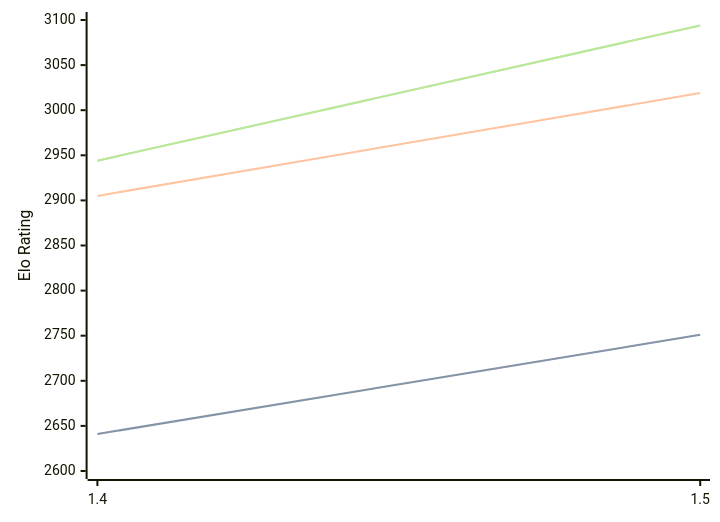
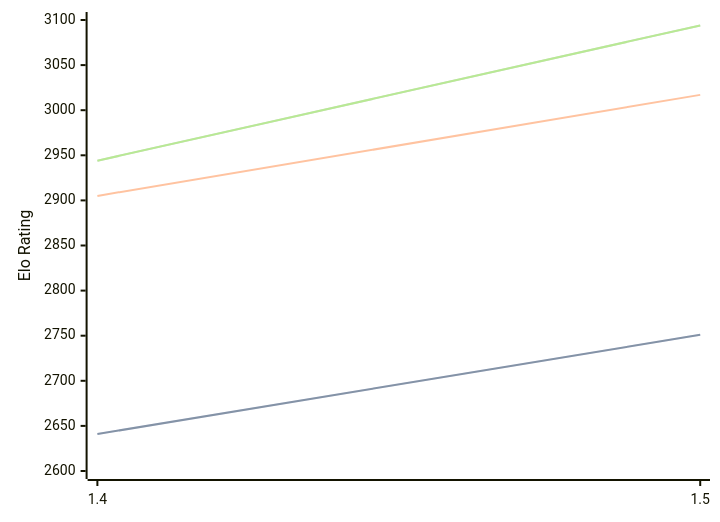
Before and after one commit to computer-chess-index/cci: the first of 3 diagrams in engines/Yakka.md, drawn with Mermaid. The commit also changed other lines of this file, not shown here.

````diff
--- a/engines/Yakka.md
+++ b/engines/Yakka.md
@@ -36,11 +36,11 @@
 ```mermaid
 %%{init: {"theme":"base","themeVariables":{"seriesColors:['#a3a3a3','#222221','#faa371']}}}%%
 xychart-beta
   x-axis ["1.4", "1.5"]
   y-axis "Elo Rating" 2600 --> 3100
   line "STC (8.0+0.08s)" [2641, 2751]
   line "STC (8.0+0.08s)" [2641, 2751]
-  line "LTC (60.0+0.60s)" [2905, 3019]
+  line "LTC (60.0+0.60s)" [2905, 3017]
   line "VLTC (2m24s+1.12s)" [2944, 3094]
   line "VLTC (2m24s+1.12s)" [2944, 3094]
 ```
````
